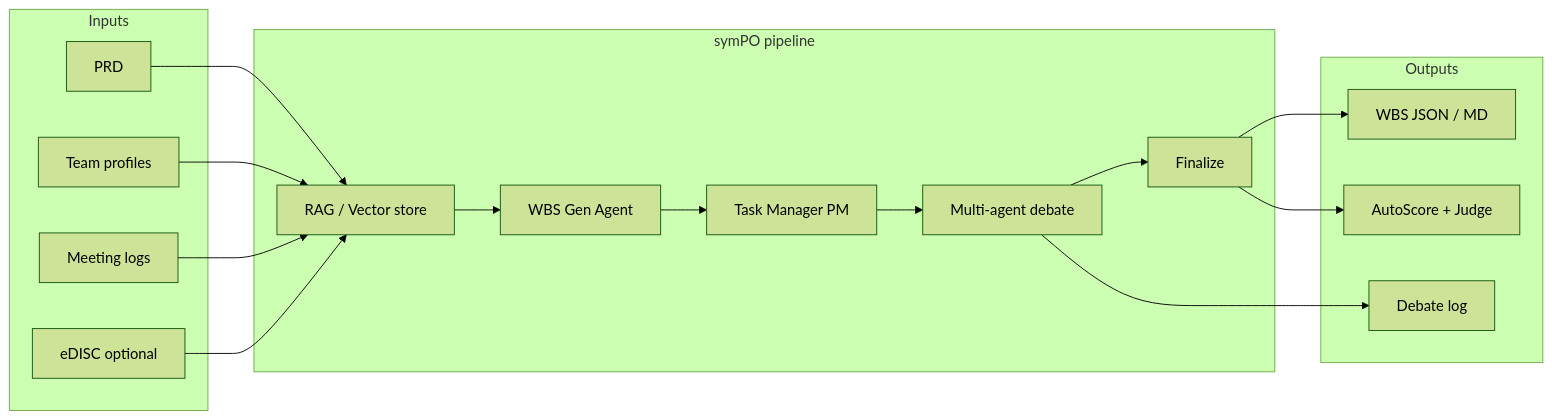
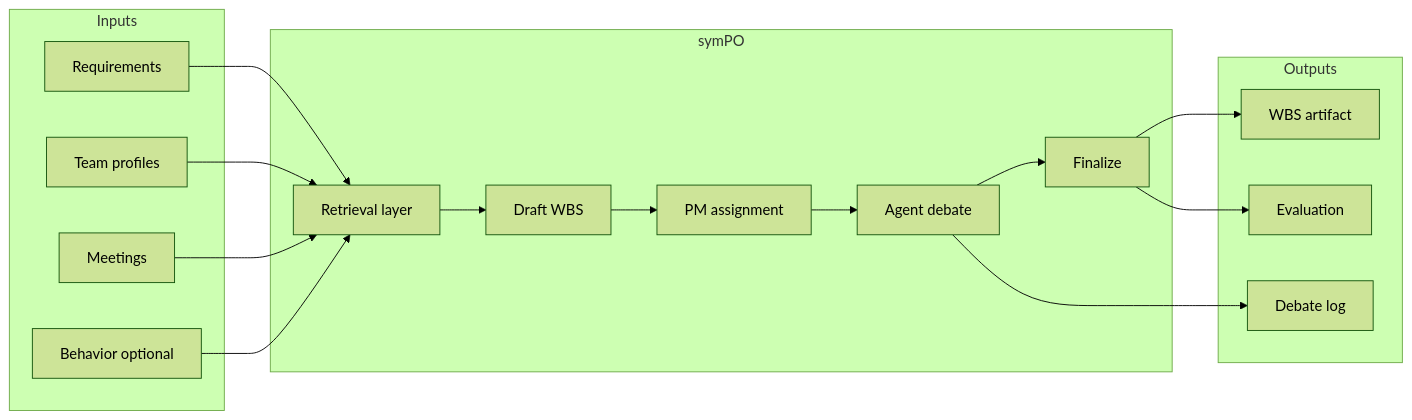
The diagram in README.md (sukoji/sympo), drawn with Mermaid (forest theme) before and after one commit. The commit also changed other lines of this file, not shown here.

````diff
--- a/README.md
+++ b/README.md
@@ -43,32 +52,32 @@
 ```mermaid
 flowchart LR
   subgraph inputs [Inputs]
-    PRD[PRD]
+    PRD[Requirements]
     TEAM[Team profiles]
-    MTG[Meeting logs]
-    DISC[eDISC optional]
+    MTG[Meetings]
+    DISC[Behavior optional]
   end
 
-  subgraph pipeline [symPO pipeline]
-    RAG[RAG / Vector store]
-    WBS[WBS Gen Agent]
-    TM[Task Manager PM]
-    DEB[Multi-agent debate]
-    FIN[Finalize]
+  subgraph pipeline [symPO]
+    RAG[Retrieval layer]
+    GEN[Draft WBS]
+    PM[PM assignment]
+    DEB[Agent debate]
+    DONE[Finalize]
   end
 
   subgraph outputs [Outputs]
-    WBSOUT[WBS JSON / MD]
+    WBSOUT[WBS artifact]
     LOG[Debate log]
-    MET[AutoScore + Judge]
+    MET[Evaluation]
   end
 
   PRD --> RAG
   TEAM --> RAG
   MTG --> RAG
   DISC --> RAG
-  RAG --> WBS --> TM --> DEB --> FIN
-  FIN --> WBSOUT
+  RAG --> GEN --> PM --> DEB --> DONE
+  DONE --> WBSOUT
   DEB --> LOG
-  FIN --> MET
+  DONE --> MET
 ```
````
